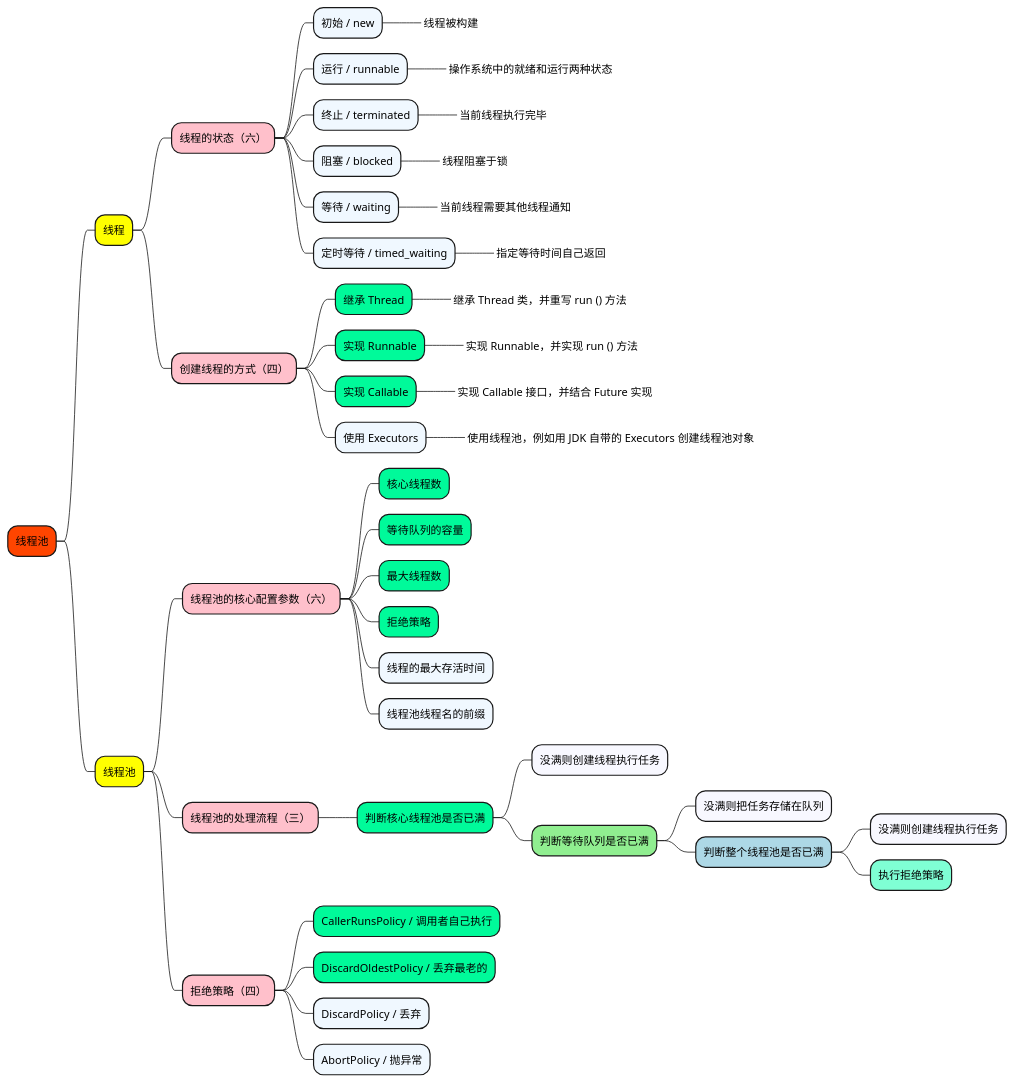
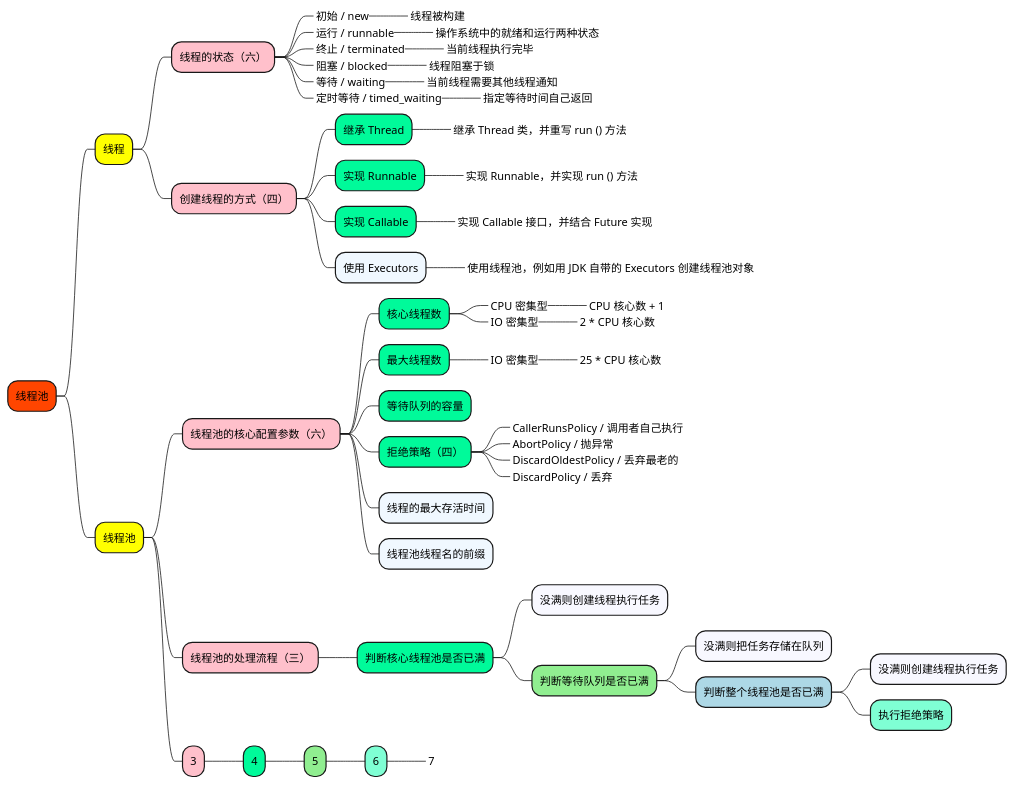
The diagram in 1_map/1-java/Thread-pool.puml (doveg/self-cultivation-of-a-software-engineer), drawn with PlantUML before and after one commit. The commit also changed 15 other files, not shown here.

```diff
--- a/1_map/1-java/Thread-pool.puml
+++ b/1_map/1-java/Thread-pool.puml
@@ -1,58 +1,81 @@
 @startmindmap
 
 +[#OrangeRed] 线程池
 
 ++[#yellow] 线程
 
 +++[#Pink] 线程的状态（六）
-++++[#AliceBlue] 初始 / new
+
+++++[#AliceBlue]_ 初始 / new
 +++++[#GhostWhite]_ 线程被构建
-++++[#AliceBlue] 运行 / runnable
+++++[#AliceBlue]_ 运行 / runnable
 +++++[#GhostWhite]_ 操作系统中的就绪和运行两种状态
-++++[#AliceBlue] 终止 / terminated
+++++[#AliceBlue]_ 终止 / terminated
 +++++[#GhostWhite]_ 当前线程执行完毕
-++++[#AliceBlue] 阻塞 / blocked
+++++[#AliceBlue]_ 阻塞 / blocked
 +++++[#GhostWhite]_ 线程阻塞于锁
-++++[#AliceBlue] 等待 / waiting
+++++[#AliceBlue]_ 等待 / waiting
 +++++[#GhostWhite]_ 当前线程需要其他线程通知
-++++[#AliceBlue] 定时等待 / timed_waiting
+++++[#AliceBlue]_ 定时等待 / timed_waiting
 +++++[#GhostWhite]_ 指定等待时间自己返回
 
+
 +++[#Pink] 创建线程的方式（四）
+
 ++++[#MediumSpringGreen] 继承 Thread
 +++++[#GhostWhite]_ 继承 Thread 类，并重写 run () 方法
 ++++[#MediumSpringGreen] 实现 Runnable
 +++++[#GhostWhite]_ 实现 Runnable，并实现 run () 方法
 ++++[#MediumSpringGreen] 实现 Callable
 +++++[#GhostWhite]_ 实现 Callable 接口，并结合 Future 实现
 ++++[#AliceBlue] 使用 Executors
 +++++[#GhostWhite]_ 使用线程池，例如用 JDK 自带的 Executors 创建线程池对象
 
 
 ++[#yellow] 线程池
 
 +++[#Pink] 线程池的核心配置参数（六）
+
 ++++[#MediumSpringGreen] 核心线程数
++++++[#LightGreen]_ CPU 密集型
+++++++[#Aquamarine]_ CPU 核心数 + 1
++++++[#LightGreen]_ IO 密集型
+++++++[#Aquamarine]_ 2 * CPU 核心数
+
+++++[#MediumSpringGreen] 最大线程数
++++++[#LightGreen]_ IO 密集型
+++++++[#Aquamarine]_ 25 * CPU 核心数
+
 ++++[#MediumSpringGreen] 等待队列的容量
-++++[#MediumSpringGreen] 最大线程数
-++++[#MediumSpringGreen] 拒绝策略
+
+++++[#MediumSpringGreen] 拒绝策略（四）
++++++[#LightGreen]_ CallerRunsPolicy / 调用者自己执行
++++++[#LightGreen]_ AbortPolicy / 抛异常
++++++[#LightGreen]_ DiscardOldestPolicy / 丢弃最老的
++++++[#LightGreen]_ DiscardPolicy / 丢弃
+
 ++++[#AliceBlue] 线程的最大存活时间
 ++++[#AliceBlue] 线程池线程名的前缀
 
+
 +++[#Pink] 线程池的处理流程（三）
+
 ++++[#MediumSpringGreen] 判断核心线程池是否已满
 +++++[#GhostWhite] 没满则创建线程执行任务
 +++++[#LightGreen] 判断等待队列是否已满
 ++++++[#GhostWhite] 没满则把任务存储在队列
 ++++++[#LightBlue] 判断整个线程池是否已满
 +++++++[#GhostWhite] 没满则创建线程执行任务
 +++++++[#Aquamarine] 执行拒绝策略
 
-+++[#Pink] 拒绝策略（四）
-++++[#MediumSpringGreen] CallerRunsPolicy / 调用者自己执行
-++++[#MediumSpringGreen] DiscardOldestPolicy / 丢弃最老的
-++++[#AliceBlue] DiscardPolicy / 丢弃
-++++[#AliceBlue] AbortPolicy / 抛异常
+
+
++++[#Pink] 3
+
+++++[#MediumSpringGreen] 4
++++++[#LightGreen] 5
+++++++[#Aquamarine] 6
++++++++[#Aquamarine]_ 7
 
 
 @endmindmap
```
